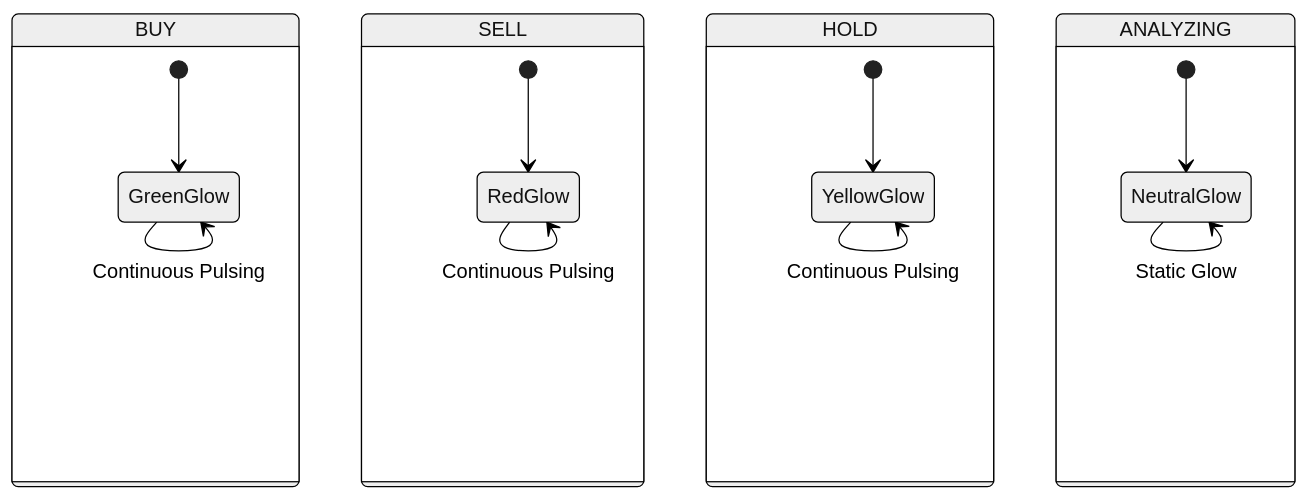
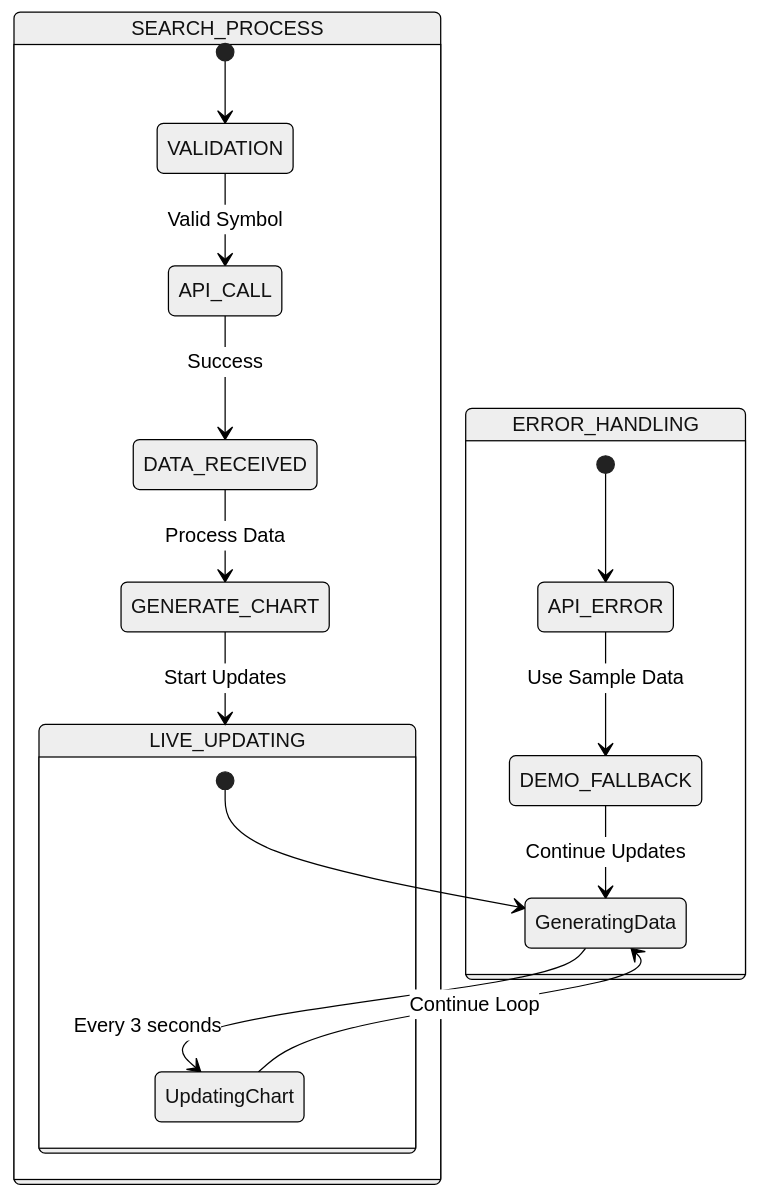
The first of 6 diagrams in .qoder/repowiki/en/content/User Interface Components.md (ayushtiwari1526/TheReinforcers_AyushTiwari), drawn with Mermaid (neutral theme) before and after one commit. The commit also changed other lines of this file and 15 other files, not shown here.

````diff
--- a/.qoder/repowiki/en/content/User Interface Components.md
+++ b/.qoder/repowiki/en/content/User Interface Components.md
@@ -91,19 +63,20 @@
 ```mermaid
 stateDiagram-v2
-state BUY {
-[*] --> GreenGlow
-GreenGlow --> GreenGlow : Continuous Pulsing
+state LIVE_UPDATING {
+[*] --> GeneratingData
+GeneratingData --> UpdatingChart : Every 3 seconds
+UpdatingChart --> GeneratingData : Continue Loop
 }
-state SELL {
-[*] --> RedGlow
-RedGlow --> RedGlow : Continuous Pulsing
+state ERROR_HANDLING {
+[*] --> API_ERROR
+API_ERROR --> DEMO_FALLBACK : Use Sample Data
+DEMO_FALLBACK --> GeneratingData : Continue Updates
 }
-state HOLD {
-[*] --> YellowGlow
-YellowGlow --> YellowGlow : Continuous Pulsing
-}
-state ANALYZING {
-[*] --> NeutralGlow
-NeutralGlow --> NeutralGlow : Static Glow
+state SEARCH_PROCESS {
+[*] --> VALIDATION
+VALIDATION --> API_CALL : Valid Symbol
+API_CALL --> DATA_RECEIVED : Success
+DATA_RECEIVED --> GENERATE_CHART : Process Data
+GENERATE_CHART --> LIVE_UPDATING : Start Updates
 }
 ```
````
